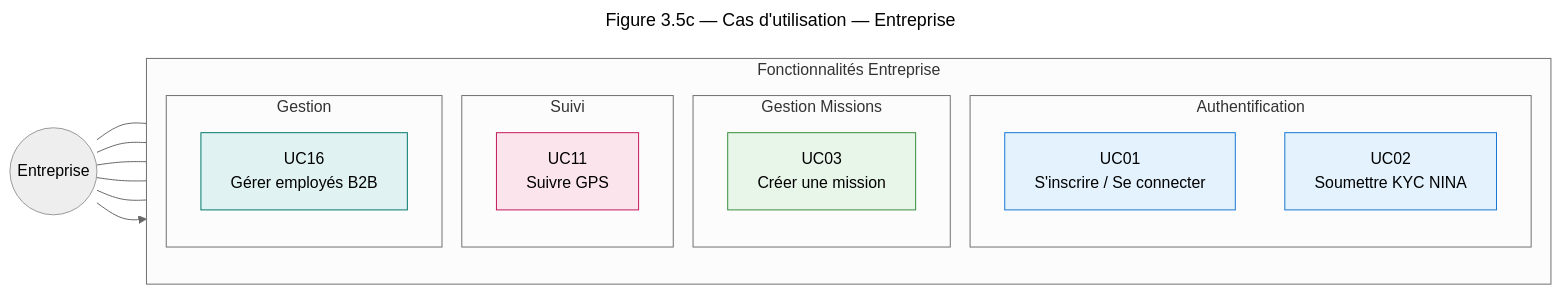
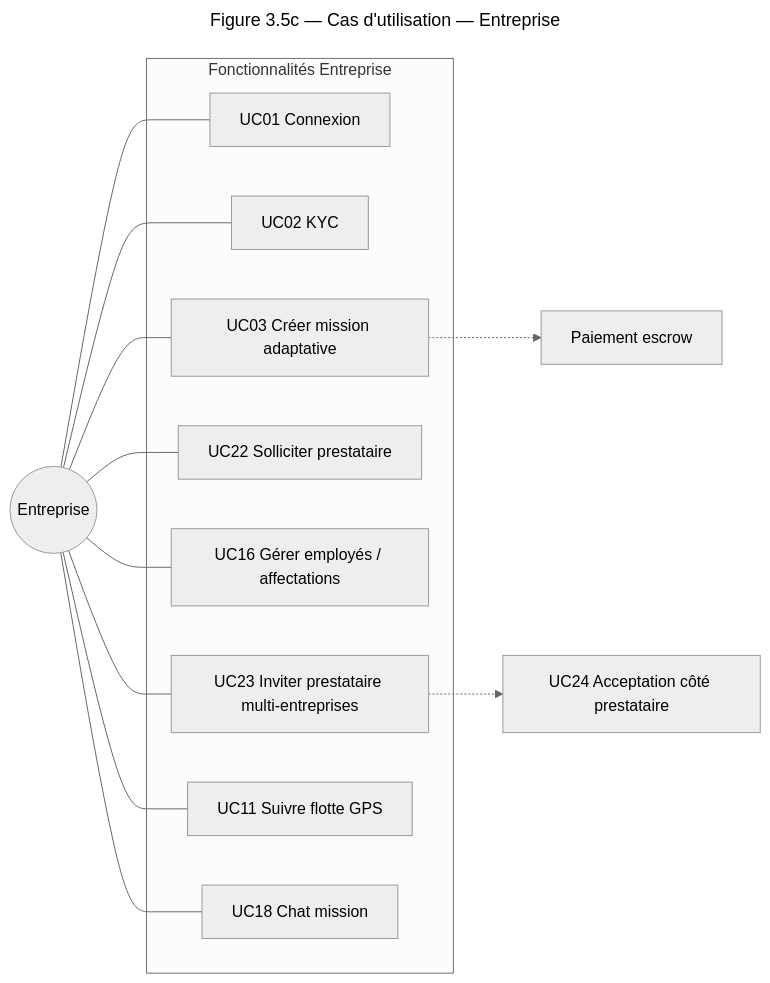
One commit to assourita/BloctaskMali changed the diagram in rapport memoire/mermaid/04-cas-utilisation-entreprise.mmd. Above: the diagram before and after it, drawn with Mermaid (neutral theme). The commit also changed 16 other files, not shown here.

First line of the commit message:
docs: refresh UML/C4/sequence diagrams; fix provider mission status types

```diff
--- a/rapport memoire/mermaid/04-cas-utilisation-entreprise.mmd
+++ b/rapport memoire/mermaid/04-cas-utilisation-entreprise.mmd
@@ -1,40 +1,20 @@
 ---
 title: Figure 3.5c — Cas d'utilisation — Entreprise
 ---
 flowchart LR
-    E((Entreprise)) --> BlockTask["Système BlockTask"]
-    
+    E((Entreprise))
+
     subgraph BlockTask["Fonctionnalités Entreprise"]
-        direction TB
-        
-        subgraph Auth["Authentification"]
-            UC01["UC01<br/>S'inscrire / Se connecter"]
-            UC02["UC02<br/>Soumettre KYC NINA"]
-        end
-        
-        subgraph Mission["Gestion Missions"]
-            UC03["UC03<br/>Créer une mission"]
-        end
-        
-        subgraph Execution["Suivi"]
-            UC11["UC11<br/>Suivre GPS"]
-        end
-        
-        subgraph B2B["Gestion"]
-            UC16["UC16<br/>Gérer employés B2B"]
-        end
+        UC01["UC01 Connexion"]
+        UC02["UC02 KYC"]
+        UC03["UC03 Créer mission adaptative"]
+        UC22["UC22 Solliciter prestataire"]
+        UC16["UC16 Gérer employés / affectations"]
+        UC23["UC23 Inviter prestataire multi-entreprises"]
+        UC11["UC11 Suivre flotte GPS"]
+        UC18["UC18 Chat mission"]
     end
-    
-    %% Liens
-    E --- UC01 & UC02 & UC03 & UC11 & UC16
-    
-    %% Styles
-    classDef authBox fill:#e3f2fd,stroke:#1976d2
-    classDef missionBox fill:#e8f5e9,stroke:#388e3c
-    classDef executionBox fill:#fce4ec,stroke:#c2185b
-    classDef b2bBox fill:#e0f2f1,stroke:#00796b
-    
-    class UC01,UC02 authBox
-    class UC03 missionBox
-    class UC11 executionBox
-    class UC16 b2bBox
+
+    E --- UC01 & UC02 & UC03 & UC22 & UC16 & UC23 & UC11 & UC18
+    UC23 -.-> UC24["UC24 Acceptation côté prestataire"]
+    UC03 -.-> UC04["Paiement escrow"]
```
